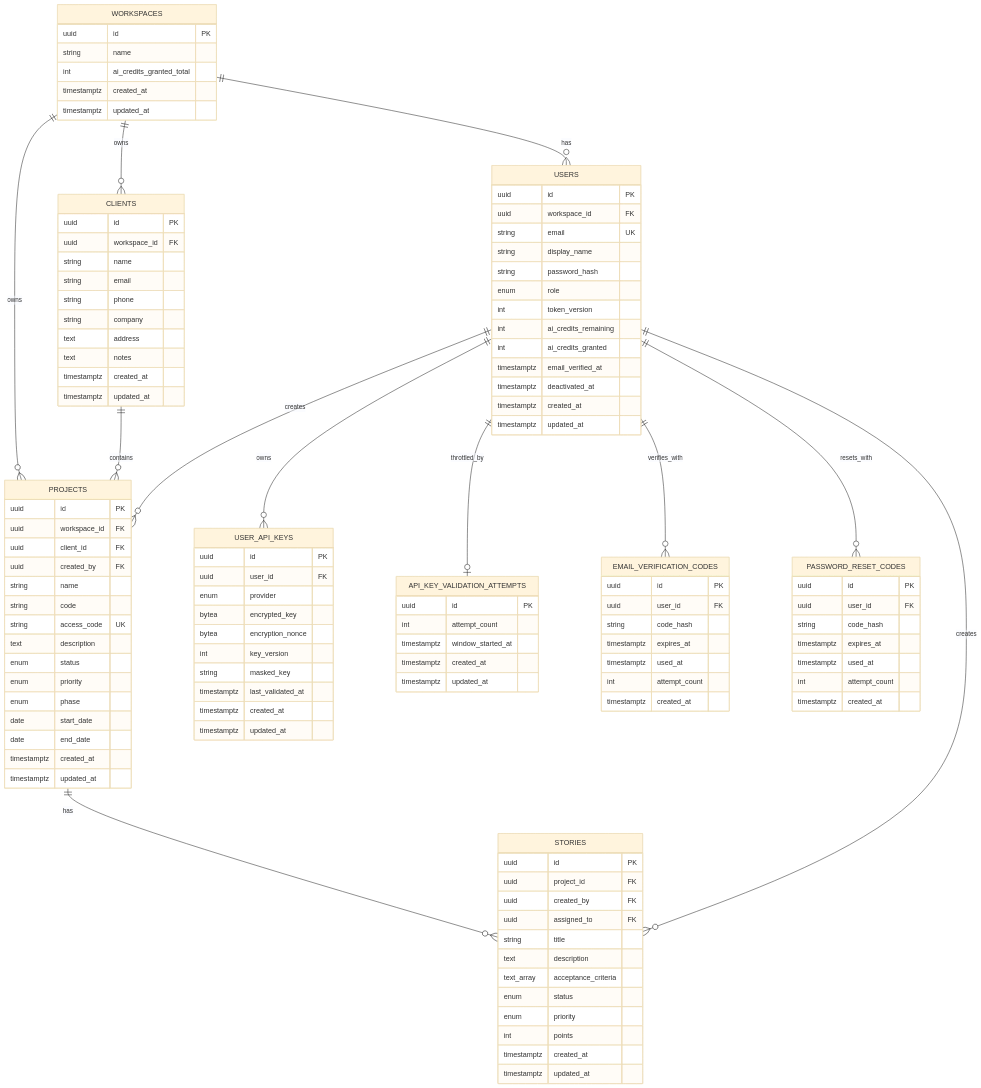
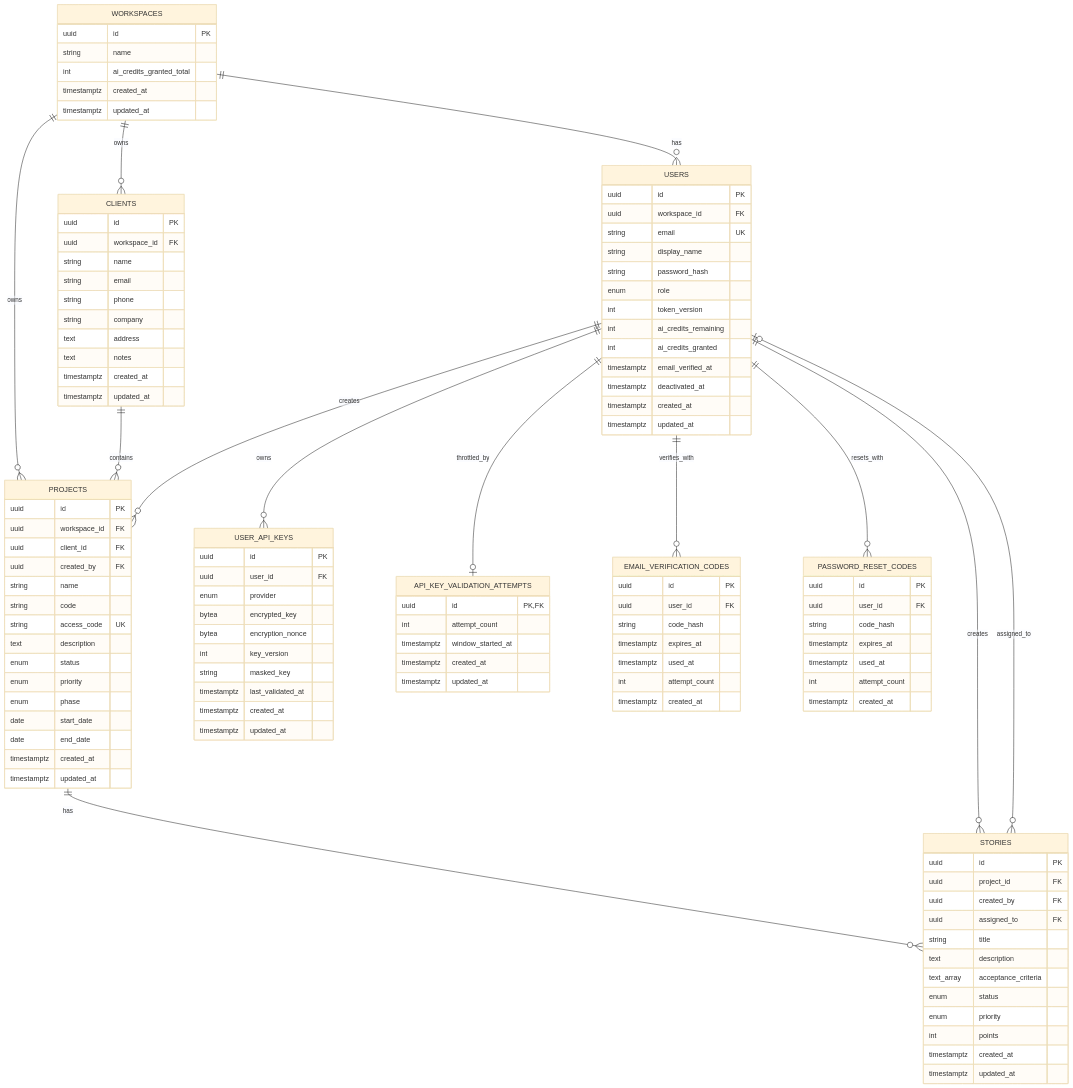
The diagram in docs/03-architecture/database/database-design.md (alonsovndev/open-projects-hub-docs), drawn with Mermaid (base theme) before and after one commit. The commit also changed other lines of this file and 63 other files, not shown here.

```diff
--- a/docs/03-architecture/database/database-design.md
+++ b/docs/03-architecture/database/database-design.md
@@ -79,6 +81,7 @@
     USERS ||--o{ PROJECTS : creates
     PROJECTS ||--o{ STORIES : has
     USERS ||--o{ STORIES : creates
+    USERS o|--o{ STORIES : assigned_to
     USERS ||--o{ USER_API_KEYS : owns
     USERS ||--o| API_KEY_VALIDATION_ATTEMPTS : throttled_by
     USERS ||--o{ EMAIL_VERIFICATION_CODES : verifies_with
@@ -168,7 +171,7 @@
     }
 
     API_KEY_VALIDATION_ATTEMPTS {
-        uuid id PK
+        uuid id PK, FK
         int attempt_count
         timestamptz window_started_at
         timestamptz created_at
```
